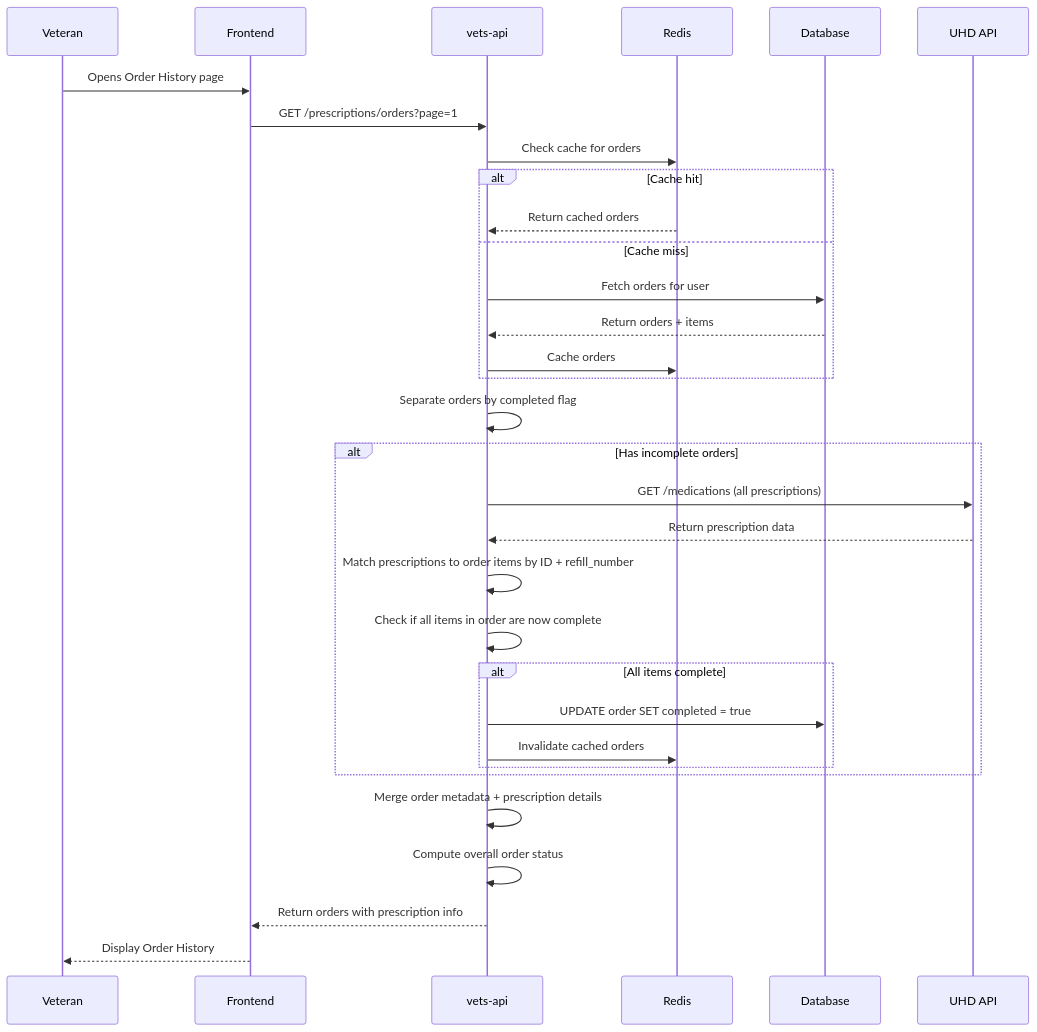
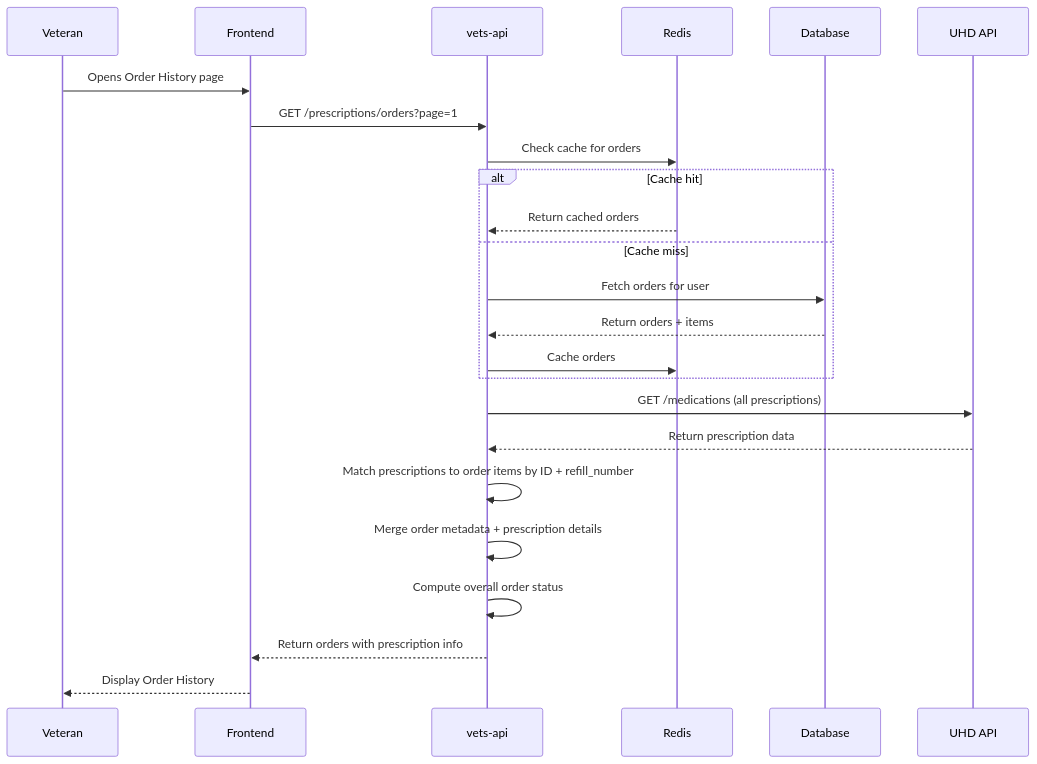
Before and after one commit to department-of-veterans-affairs/va.gov-team: the third of 4 diagrams in products/health-care/prescription-refills/mhv-prescription-refill/2025-12-prescription-refill-order-tracking.md, drawn with Mermaid. The commit also changed other lines of this file, not shown here.

Commit message:
Optimize prescription refill order tracking logic
Refactored order processing logic to improve efficiency by skipping UHD API calls for completed orders and ensuring real-time data fetching for incomplete orders. Updated caching strategy and clarified order metadata availability.

````diff
--- a/products/health-care/prescription-refills/mhv-prescription-refill/2025-12-prescription-refill-order-tracking.md
+++ b/products/health-care/prescription-refills/mhv-prescription-refill/2025-12-prescription-refill-order-tracking.md
@@ -619,40 +619,30 @@
 ```mermaid
 sequenceDiagram
     participant Veteran
     participant Frontend
     participant vets-api
     participant Redis
     participant Database
     participant UHD API
 
     Veteran->>Frontend: Opens Order History page
     Frontend->>vets-api: GET /prescriptions/orders?page=1
 
     vets-api->>Redis: Check cache for orders
     alt Cache hit
         Redis-->>vets-api: Return cached orders
     else Cache miss
         vets-api->>Database: Fetch orders for user
         Database-->>vets-api: Return orders + items
         vets-api->>Redis: Cache orders
     end
 
-    vets-api->>vets-api: Separate orders by completed flag
-
-    alt Has incomplete orders
-        vets-api->>UHD API: GET /medications (all prescriptions)
-        UHD API-->>vets-api: Return prescription data
-        vets-api->>vets-api: Match prescriptions to order items by ID + refill_number
-        vets-api->>vets-api: Check if all items in order are now complete
-        alt All items complete
-            vets-api->>Database: UPDATE order SET completed = true
-            vets-api->>Redis: Invalidate cached orders
-        end
-    end
-
+    vets-api->>UHD API: GET /medications (all prescriptions)
+    UHD API-->>vets-api: Return prescription data
+    vets-api->>vets-api: Match prescriptions to order items by ID + refill_number
     vets-api->>vets-api: Merge order metadata + prescription details
     vets-api->>vets-api: Compute overall order status
 
     vets-api-->>Frontend: Return orders with prescription info
     Frontend-->>Veteran: Display Order History
 ```
````
